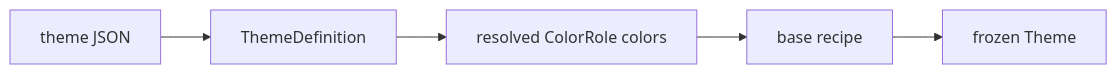
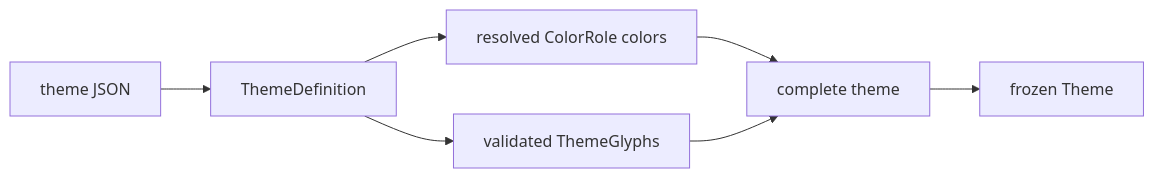
Before and after one commit to pavkam/sharp-vision: the diagram in docs/concepts/themes.md, drawn with Mermaid. The commit also changed other lines of this file and 136 other files, not shown here.

````diff
--- a/docs/concepts/themes.md
+++ b/docs/concepts/themes.md
@@ -11,7 +12,9 @@
 ```mermaid
 flowchart LR
     JSON["theme JSON"] --> Definition["ThemeDefinition"]
     Definition --> Roles["resolved ColorRole colors"]
-    Roles --> Recipe["base recipe"]
+    Definition --> Glyphs["validated ThemeGlyphs"]
+    Roles --> Recipe["complete theme"]
+    Glyphs --> Recipe
     Recipe --> Theme["frozen Theme"]
 ```
````
